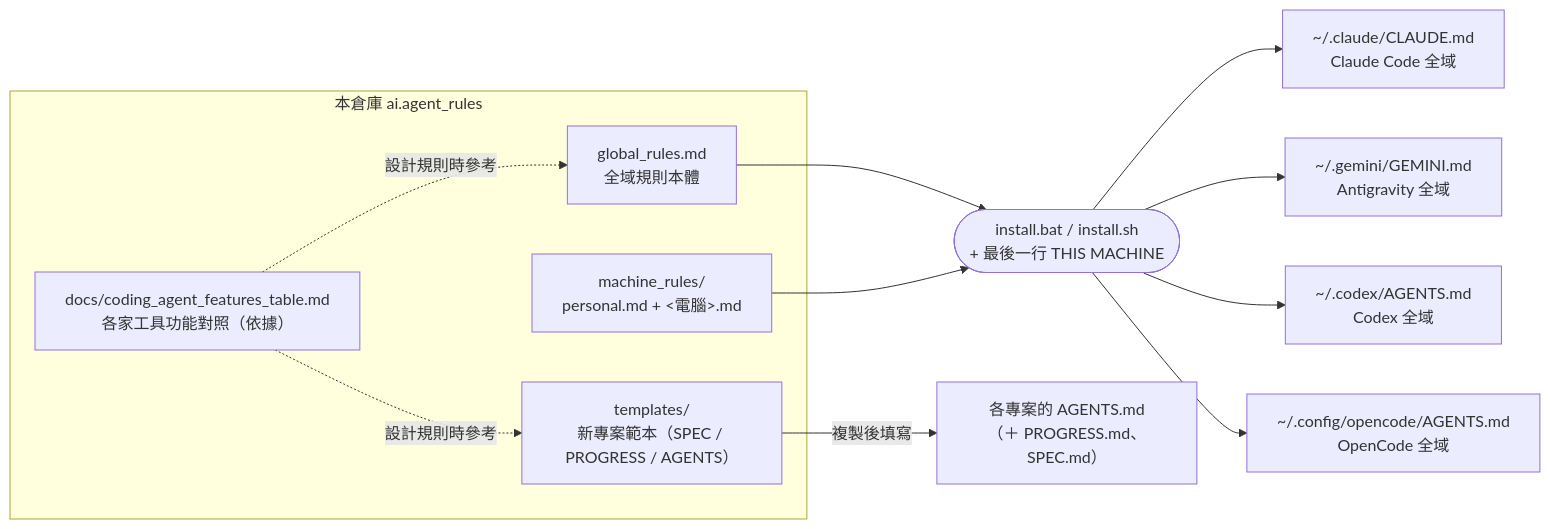
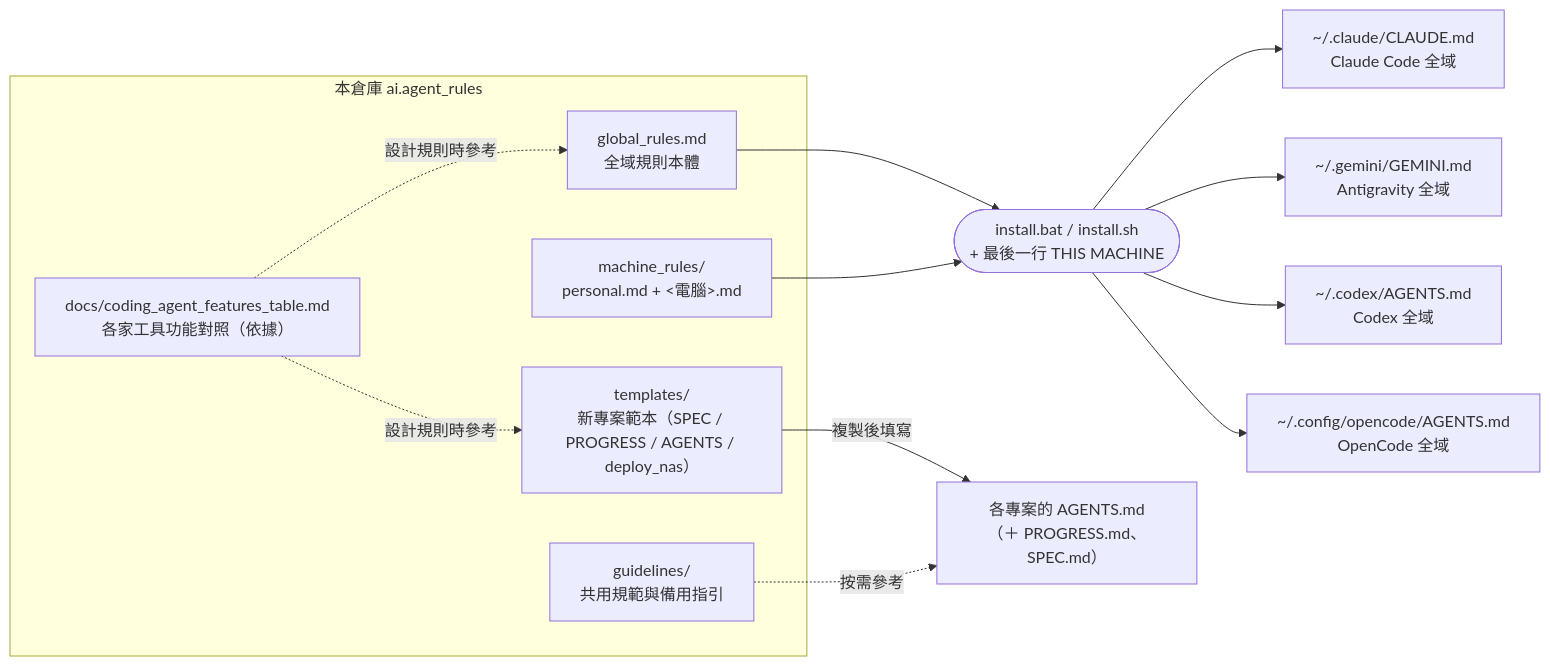
Before and after one commit to erniesu8090-beep/ai.agent_rules: the first of 4 diagrams in README.md, drawn with Mermaid. The commit also changed other lines of this file and 23 other files, not shown here.

````diff
--- a/README.md
+++ b/README.md
@@ -13,20 +13,22 @@
 ```mermaid
 flowchart LR
   subgraph REPO["本倉庫 ai.agent_rules"]
     G["global_rules.md<br/>全域規則本體"]
     M["machine_rules/<br/>personal.md + &lt;電腦&gt;.md"]
-    T["templates/<br/>新專案範本（SPEC / PROGRESS / AGENTS）"]
+    T["templates/<br/>新專案範本（SPEC / PROGRESS / AGENTS / deploy_nas）"]
+    GL["guidelines/<br/>共用規範與備用指引"]
     D["docs/coding_agent_features_table.md<br/>各家工具功能對照（依據）"]
   end
 
   G --> I(["install.bat / install.sh<br/>+ 最後一行 THIS MACHINE"])
   M --> I
   I --> C["~/.claude/CLAUDE.md<br/>Claude Code 全域"]
   I --> A["~/.gemini/GEMINI.md<br/>Antigravity 全域"]
   I --> X["~/.codex/AGENTS.md<br/>Codex 全域"]
   I --> O["~/.config/opencode/AGENTS.md<br/>OpenCode 全域"]
 
   T -- 複製後填寫 --> P["各專案的 AGENTS.md<br/>（＋ PROGRESS.md、SPEC.md）"]
+  GL -. 按需參考 .-> P
   D -. 設計規則時參考 .-> G
   D -. 設計規則時參考 .-> T
 ```
````
